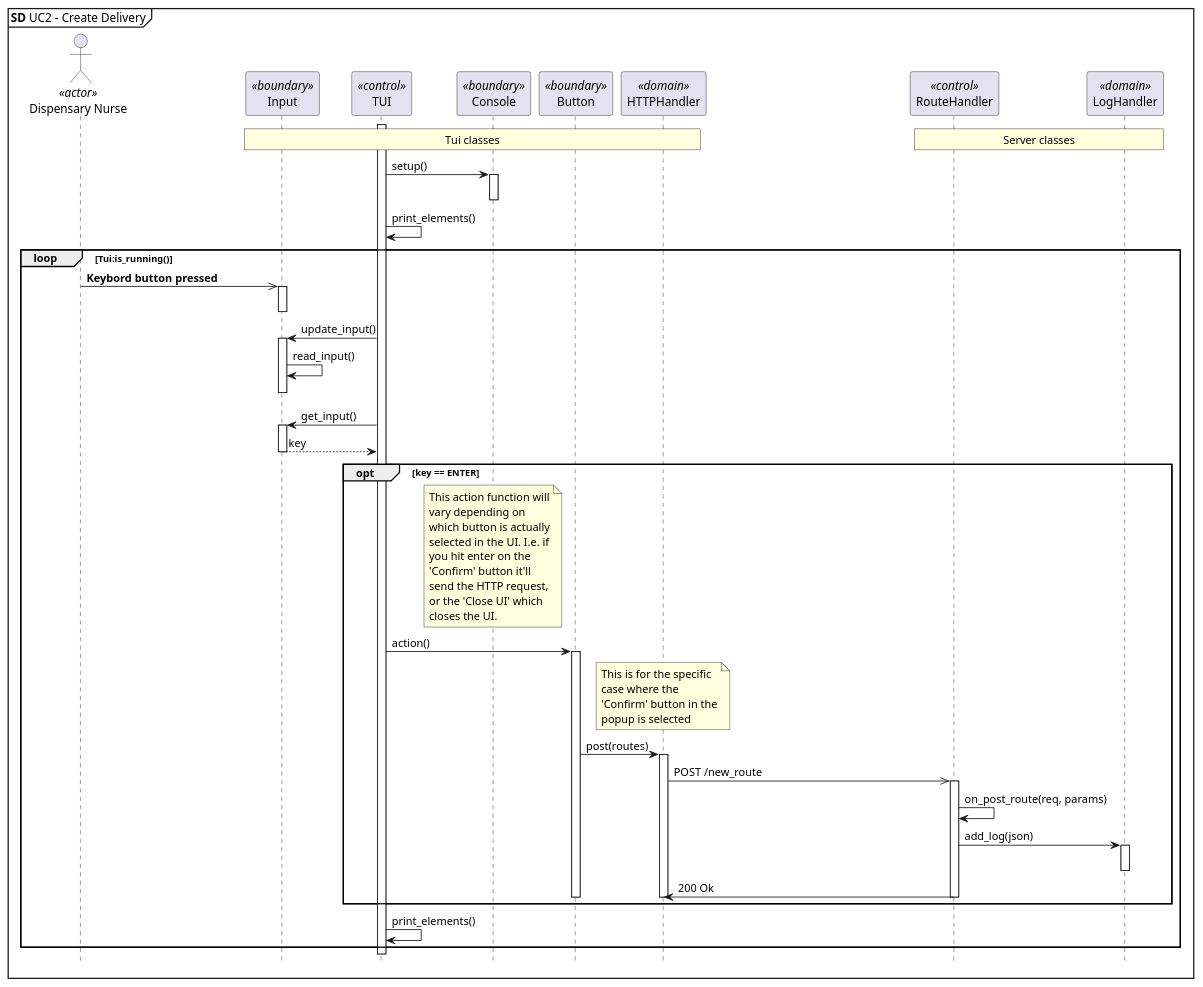
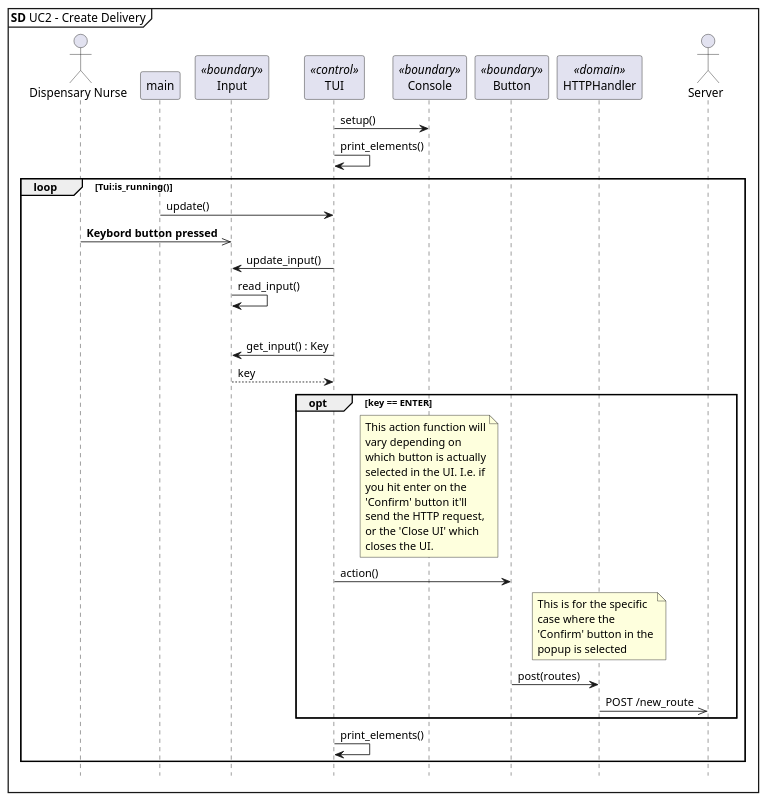
The diagram in docs/diagrams/Plantuml/apModel/uc2sd-pc.puml (lineklemensen/PRJ3), drawn with PlantUML before and after one commit. The commit also changed 2 other files, not shown here.

Commit message:
Update uc2 diagrams

```diff
--- a/docs/diagrams/Plantuml/apModel/uc2sd-pc.puml
+++ b/docs/diagrams/Plantuml/apModel/uc2sd-pc.puml
@@ -1,72 +1,51 @@
 @startuml SD UC2 - Create Delivery - PC
 
 <style>
 note {
   MaximumWidth 150
 }
 </style>
 
 mainframe **SD** UC2 - Create Delivery
 hide footbox
 
-actor "Dispensary Nurse" as dn <<actor>>
+actor "Dispensary Nurse" as dn
+participant main as main
 participant "Input" as in <<boundary>>
 participant "TUI" as tui <<control>>
 participant "Console" as cs <<boundary>>
 participant "Button" as b <<boundary>>
 'participant "TextElement" as te <<boundary>>
 'participant "StatefulButton" as sb <<boundary>>
 participant "HTTPHandler" as http <<domain>>
+actor "Server" as srv
 
-participant RouteHandler as r <<control>>
-participant LogHandler as l <<domain>>
 
-rnote over in, http: Tui classes
-/ rnote over r, l: Server classes
-
-'1. TUI active/open TUI
-tui++
-
-'2. TUI displays message and list of rooms
 tui -> cs : setup()
 
-'3.
-cs++
-cs--
-
-'5.
 tui -> tui: print_elements()
 
-'6.
 loop Tui:is_running()
-  dn ->> in++ : **Keybord button pressed**
-  in--
-  tui -> in++ : update_input()
+
+  main -> tui : update()
+  dn ->> in : **Keybord button pressed**
+  tui -> in : update_input()
   in -> in : read_input()
   'extra hidden arrow for plantuml aligment
   in -[hidden]-> in
-  in--
-  tui -> in++ : get_input()
+  tui -> in : get_input() : Key
   in --> tui : key
-  in--
   opt key == ENTER
     note over cs : This action function will vary depending on which button is actually selected in the UI. I.e. if you hit enter on the 'Confirm' button it'll send the HTTP request, or the 'Close UI' which closes the UI.
-    tui -> b++ : action()
+    tui -> b : action()
 
     note over http : This is for the specific case where the 'Confirm' button in the popup is selected
 
-    b -> http++ : post(routes)
-    http ->>r++ : POST /new_route
-    r -> r : on_post_route(req, params)
-    r -> l++ : add_log(json)
-    l--
-    r -> http : 200 Ok
-    r--
-    http--
-    b--
+    b -> http : post(routes)
+    http ->> srv : POST /new_route
 
   end
   tui -> tui : print_elements()
 end
 
 @enduml
```
